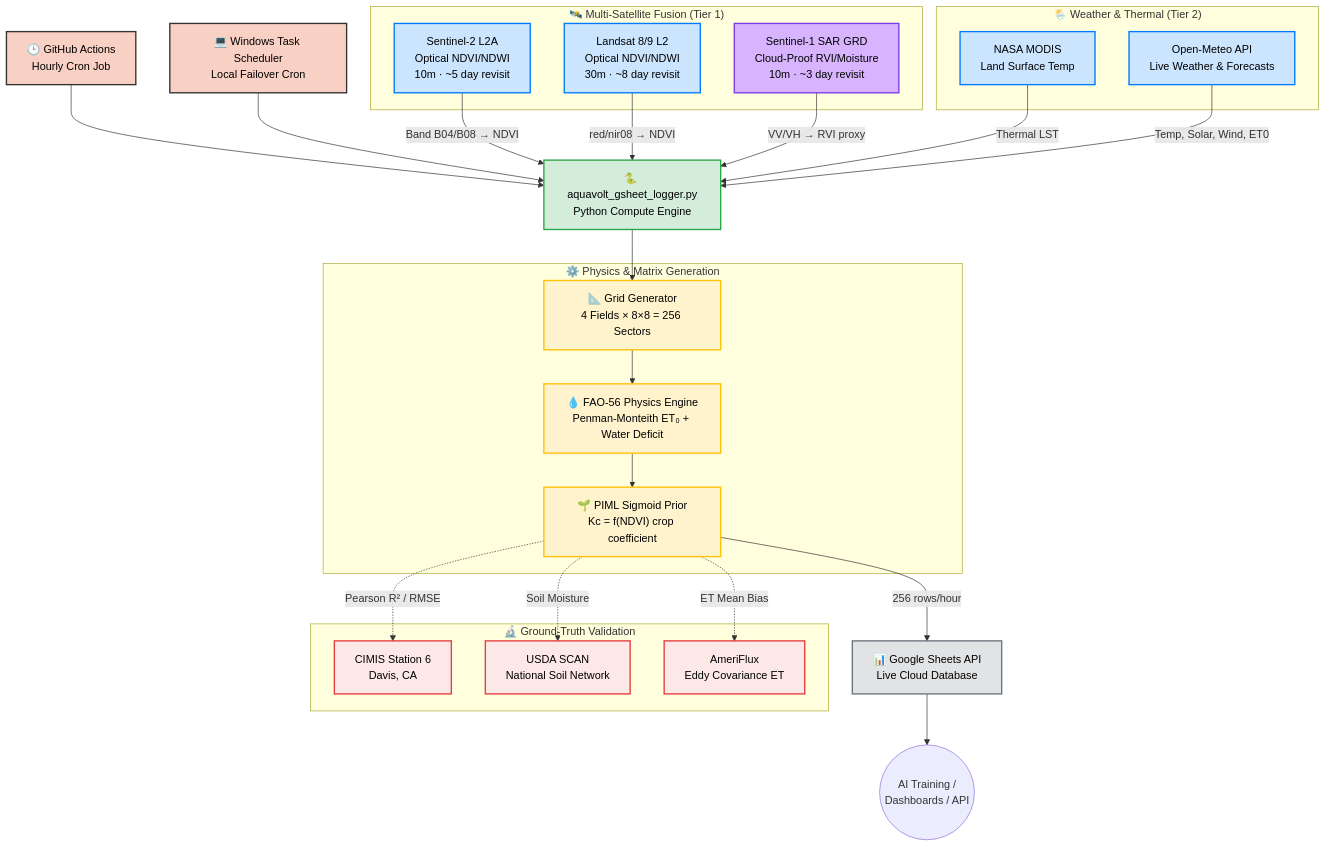
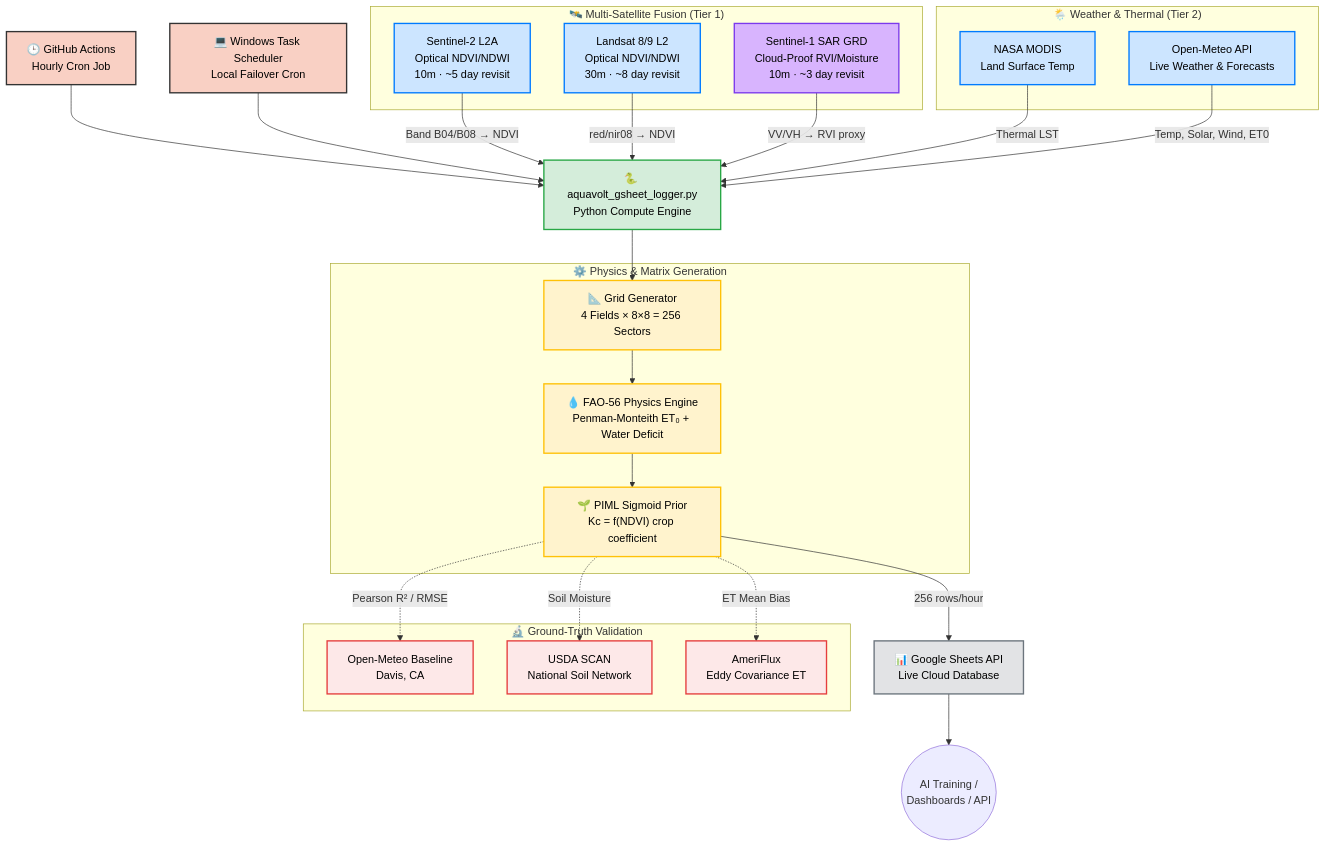
The diagram in README.md (umertanveer25/aquavolt-ai-pk), drawn with Mermaid before and after one commit. The commit also changed other lines of this file and 7 other files, not shown here.

First line of the commit message:
refactor: replace CIMIS with Open-Meteo baseline validation

````diff
--- a/README.md
+++ b/README.md
@@ -147,65 +148,65 @@
 ```mermaid
 flowchart TD
     %% Define Styles
     classDef trigger fill:#f9d0c4,stroke:#333,stroke-width:2px,color:#000
     classDef script fill:#d4edda,stroke:#28a745,stroke-width:2px,color:#000
     classDef external fill:#cce5ff,stroke:#007bff,stroke-width:2px,color:#000
     classDef sar fill:#d8b4fe,stroke:#7c3aed,stroke-width:2px,color:#000
     classDef processing fill:#fff3cd,stroke:#ffc107,stroke-width:2px,color:#000
     classDef database fill:#e2e3e5,stroke:#6c757d,stroke-width:2px,color:#000
     classDef validation fill:#fde8e8,stroke:#e53e3e,stroke-width:2px,color:#000
 
     %% Trigger
     A[🕒 GitHub Actions<br/>Hourly Cron Job]:::trigger --> B
     A2[💻 Windows Task Scheduler<br/>Local Failover Cron]:::trigger --> B
 
     %% Main Execution
     B[🐍 aquavolt_gsheet_logger.py<br/>Python Compute Engine]:::script
 
     %% External Data APIs
     subgraph SatLayer ["🛰️ Multi-Satellite Fusion (Tier 1)"]
         C1["Sentinel-2 L2A<br/>Optical NDVI/NDWI<br/>10m · ~5 day revisit"]:::external
         C1b["Landsat 8/9 L2<br/>Optical NDVI/NDWI<br/>30m · ~8 day revisit"]:::external
         C1c["Sentinel-1 SAR GRD<br/>Cloud-Proof RVI/Moisture<br/>10m · ~3 day revisit"]:::sar
     end
 
     subgraph WeatherLayer ["🌦️ Weather & Thermal (Tier 2)"]
         C2["NASA MODIS<br/>Land Surface Temp"]:::external
         C3["Open-Meteo API<br/>Live Weather & Forecasts"]:::external
     end
 
     %% API Connections
     C1  -->|"Band B04/B08 → NDVI"| B
     C1b -->|"red/nir08 → NDVI"| B
     C1c -->|"VV/VH → RVI proxy"| B
     C2  -->|"Thermal LST"| B
     C3  -->|"Temp, Solar, Wind, ET0"| B
 
     %% Processing Logic
     subgraph PIML Processing ["⚙️ Physics & Matrix Generation"]
         D1["📐 Grid Generator<br/>4 Fields × 8×8 = 256 Sectors"]:::processing
         D2["💧 FAO-56 Physics Engine<br/>Penman-Monteith ET₀ + Water Deficit"]:::processing
         D3["🌱 PIML Sigmoid Prior<br/>Kc = f(NDVI) crop coefficient"]:::processing
     end
 
     B --> D1
     D1 --> D2
     D2 --> D3
 
     %% Validation Layer
     subgraph ValLayer ["🔬 Ground-Truth Validation"]
-        V1["CIMIS Station 6<br/>Davis, CA"]:::validation
+        V1["Open-Meteo Baseline<br/>Davis, CA"]:::validation
         V2["USDA SCAN<br/>National Soil Network"]:::validation
         V3["AmeriFlux<br/>Eddy Covariance ET"]:::validation
     end
 
     D3 -.->|"Pearson R² / RMSE"| V1
     D3 -.->|"Soil Moisture"| V2
     D3 -.->|"ET Mean Bias"| V3
 
     %% Storage Output
     D3 -->|"256 rows/hour"| E["📊 Google Sheets API<br/>Live Cloud Database"]:::database
 
     %% End Use
     E --> F(("AI Training /<br/>Dashboards / API"))
 ```
````
